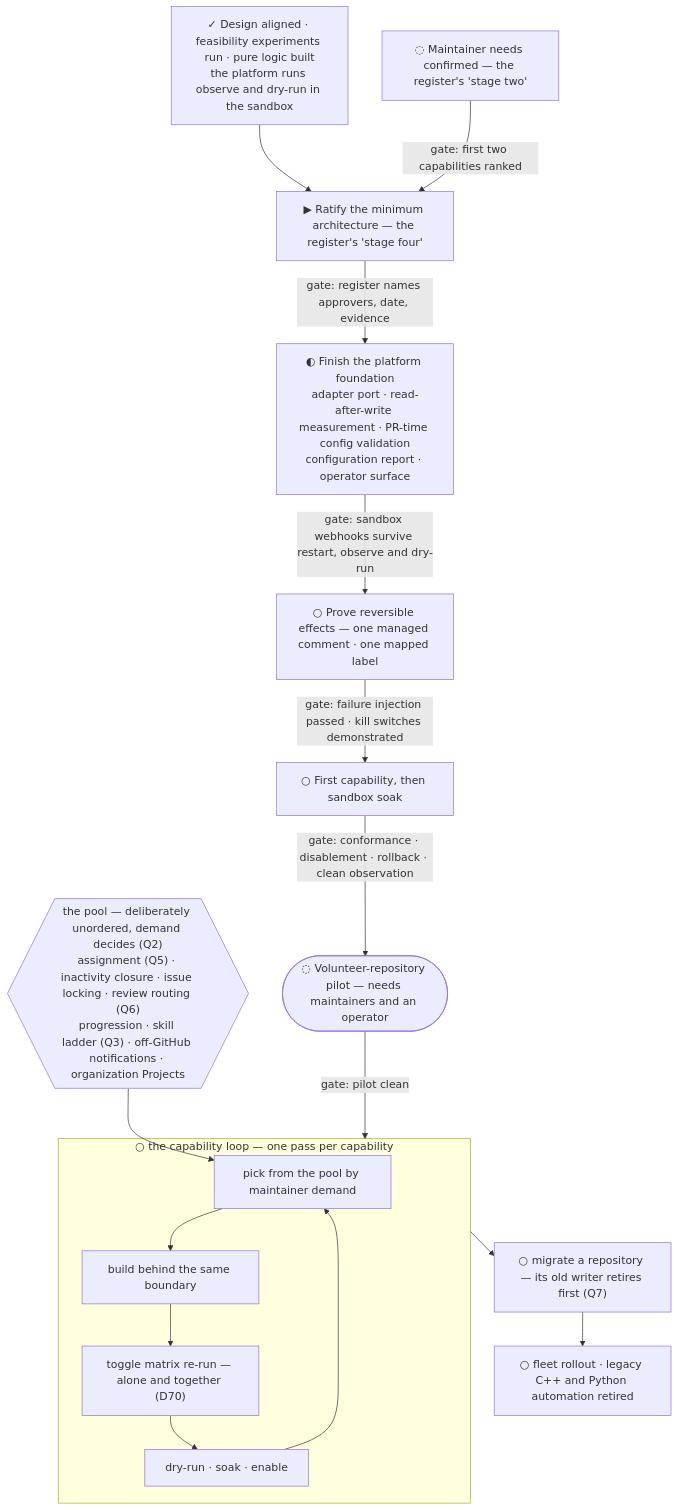
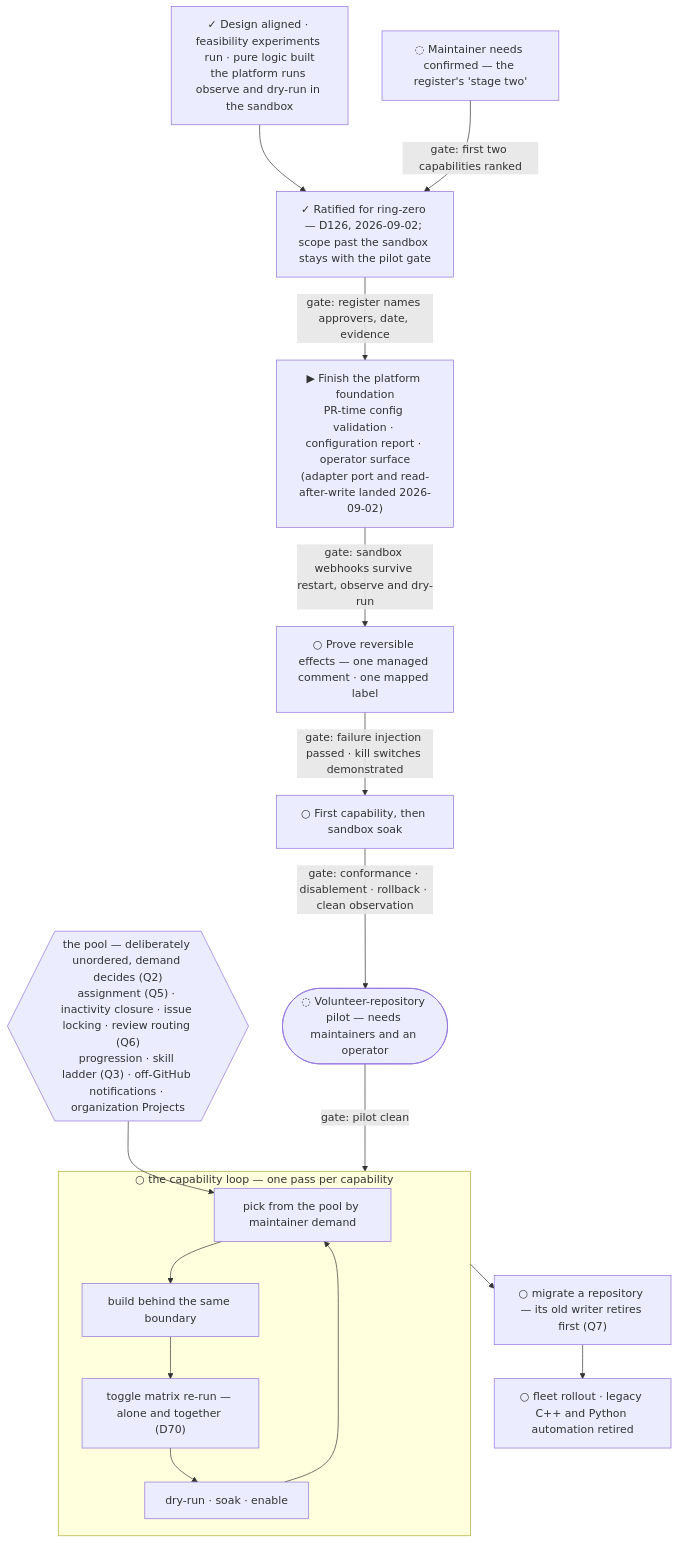
The diagram in design/build-plan.md (exploreriii/sdk-automations), drawn with Mermaid before and after one commit. The commit also changed 2 other files, not shown here.

Commit message:
docs: the storage decision is signed and stage four is ratified for ring-zero (D126)
Author ratification with the boundary as the feature: everything up to
the personal sandbox is approved with dated evidence; everything past
it stays with the pilot gate's named signers.

````diff
--- a/design/build-plan.md
+++ b/design/build-plan.md
@@ -5,35 +5,35 @@
 ```mermaid
 flowchart TD
     DONE["✓ Design aligned · feasibility experiments run · pure logic built<br/>the platform runs observe and dry-run in the sandbox"]
     NEEDS["◌ Maintainer needs confirmed — the register's 'stage two'"]
-    RAT["▶ Ratify the minimum architecture — the register's 'stage four'"]
-    PLAT["◐ Finish the platform foundation<br/>adapter port · read-after-write measurement · PR-time config validation<br/>configuration report · operator surface"]
+    RAT["✓ Ratified for ring-zero — D126, 2026-09-02; scope past the sandbox stays with the pilot gate"]
+    PLAT["▶ Finish the platform foundation<br/>PR-time config validation · configuration report · operator surface<br/>(adapter port and read-after-write landed 2026-09-02)"]
     FX["○ Prove reversible effects — one managed comment · one mapped label"]
     SOAK["○ First capability, then sandbox soak"]
     PILOT(["◌ Volunteer-repository pilot — needs maintainers and an operator"])
 
     DONE --> RAT
     NEEDS -->|"gate: first two capabilities ranked"| RAT
     RAT -->|"gate: register names approvers, date, evidence"| PLAT
     PLAT -->|"gate: sandbox webhooks survive restart, observe and dry-run"| FX
     FX -->|"gate: failure injection passed · kill switches demonstrated"| SOAK
     SOAK -->|"gate: conformance · disablement · rollback · clean observation"| PILOT
 
     POOL{{"the pool — deliberately unordered, demand decides (Q2)<br/>assignment (Q5) · inactivity closure · issue locking · review routing (Q6)<br/>progression · skill ladder (Q3) · off-GitHub notifications · organization Projects"}}
 
     subgraph LOOP ["○ the capability loop — one pass per capability"]
         PICK["pick from the pool by maintainer demand"]
         BUILD["build behind the same boundary"]
         MATRIX["toggle matrix re-run — alone and together (D70)"]
         CSOAK["dry-run · soak · enable"]
         PICK --> BUILD
         BUILD --> MATRIX
         MATRIX --> CSOAK
         CSOAK --> PICK
     end
 
     PILOT -->|"gate: pilot clean"| LOOP
     POOL --> PICK
     LOOP --> MIG["○ migrate a repository — its old writer retires first (Q7)"]
     MIG --> FLEET["○ fleet rollout · legacy C++ and Python automation retired"]
 ```
````
